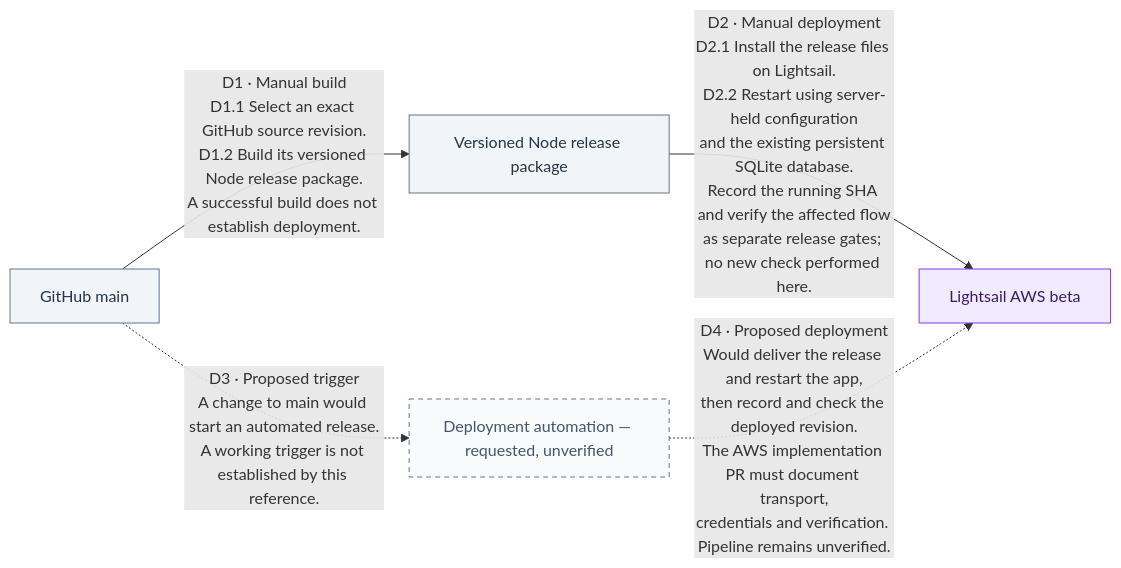
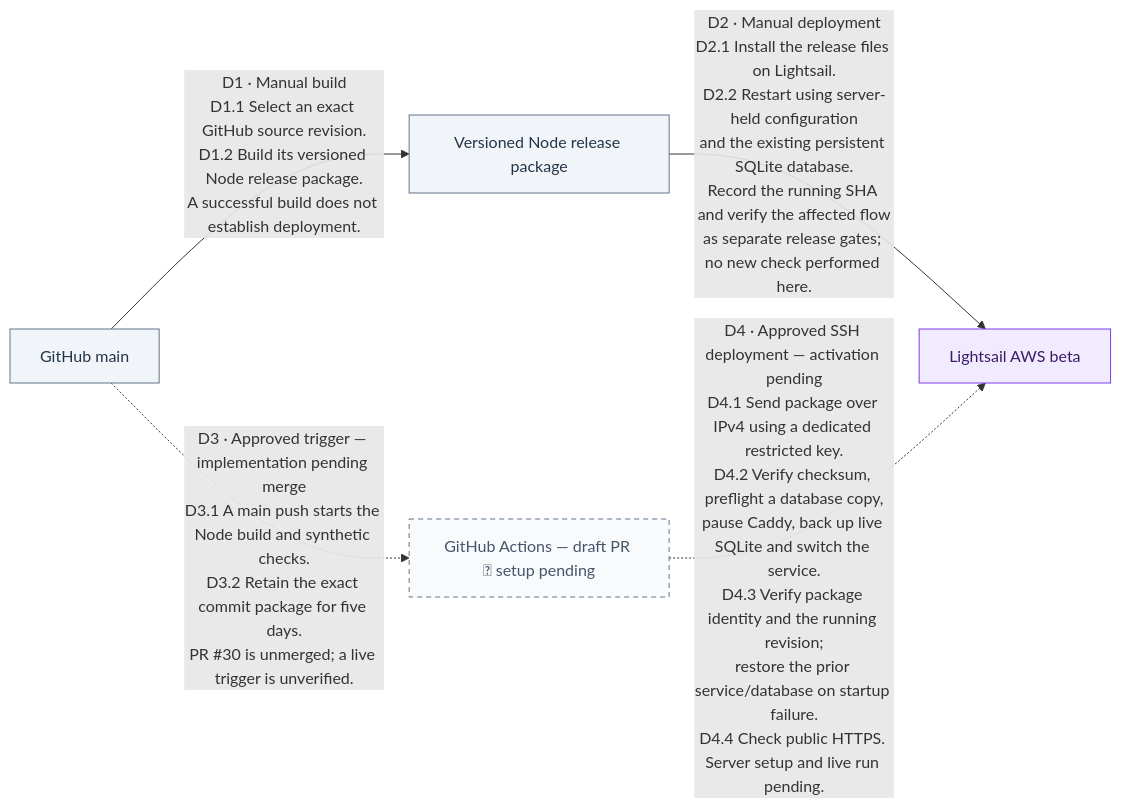
The second of 2 diagrams in docs/architecture.md (HewieTran/forrest-runs), drawn with Mermaid before and after one commit. The commit also changed other lines of this file, not shown here.

Commit message:
Document approved dual-stack Actions deployment design and pending activation

````diff
--- a/docs/architecture.md
+++ b/docs/architecture.md
@@ -186,33 +190,36 @@
 ```mermaid
 flowchart LR
     source["GitHub main"]
     bundle["Versioned Node release package"]
     beta["Lightsail AWS beta"]
-    automation["Deployment automation — requested, unverified"]
+    automation["GitHub Actions — draft PR #30; setup pending"]
 
     source -->|"`D1 · Manual build
 D1.1 Select an exact GitHub source revision.
 D1.2 Build its versioned Node release package.
 A successful build does not establish deployment.`"| bundle
     bundle -->|"`D2 · Manual deployment
 D2.1 Install the release files on Lightsail.
 D2.2 Restart using server-held configuration
 and the existing persistent SQLite database.
 Record the running SHA and verify the affected flow
 as separate release gates; no new check performed here.`"| beta
-    source -.->|"`D3 · Proposed trigger
-A change to main would start an automated release.
-A working trigger is not established by this reference.`"| automation
-    automation -.->|"`D4 · Proposed deployment
-Would deliver the release and restart the app,
-then record and check the deployed revision.
-The AWS implementation PR must document transport,
-credentials and verification. Pipeline remains unverified.`"| beta
+    source -.->|"`D3 · Approved trigger — implementation pending merge
+D3.1 A main push starts the Node build and synthetic checks.
+D3.2 Retain the exact commit package for five days.
+PR #30 is unmerged; a live trigger is unverified.`"| automation
+    automation -.->|"`D4 · Approved SSH deployment — activation pending
+D4.1 Send package over IPv4 using a dedicated restricted key.
+D4.2 Verify checksum, preflight a database copy,
+pause Caddy, back up live SQLite and switch the service.
+D4.3 Verify package identity and the running revision;
+restore the prior service/database on startup failure.
+D4.4 Check public HTTPS. Server setup and live run pending.`"| beta
 
     classDef delivery fill:#F1F5F9,stroke:#64748B,color:#243447
     classDef compute fill:#F1EBFF,stroke:#7C3AED,color:#3B1A66
     classDef proposed fill:#F8FAFC,stroke:#64748B,color:#475569,stroke-dasharray:5 4
     class source,bundle delivery
     class beta compute
     class automation proposed
 ```
````
